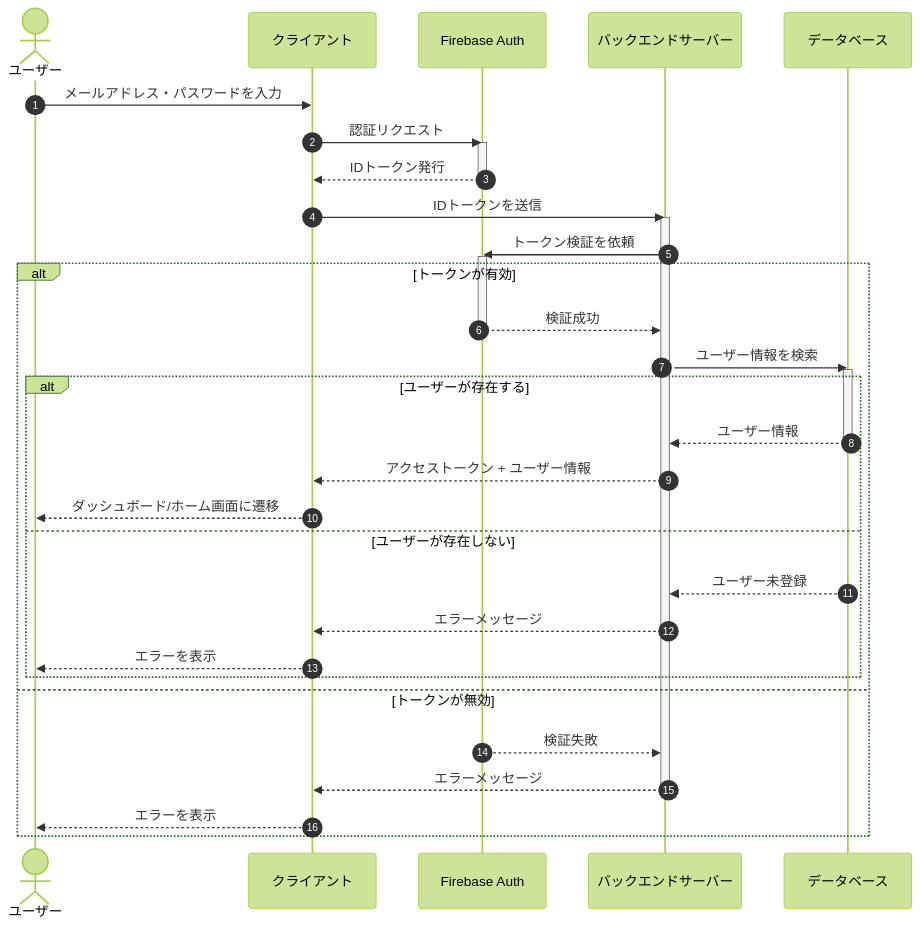
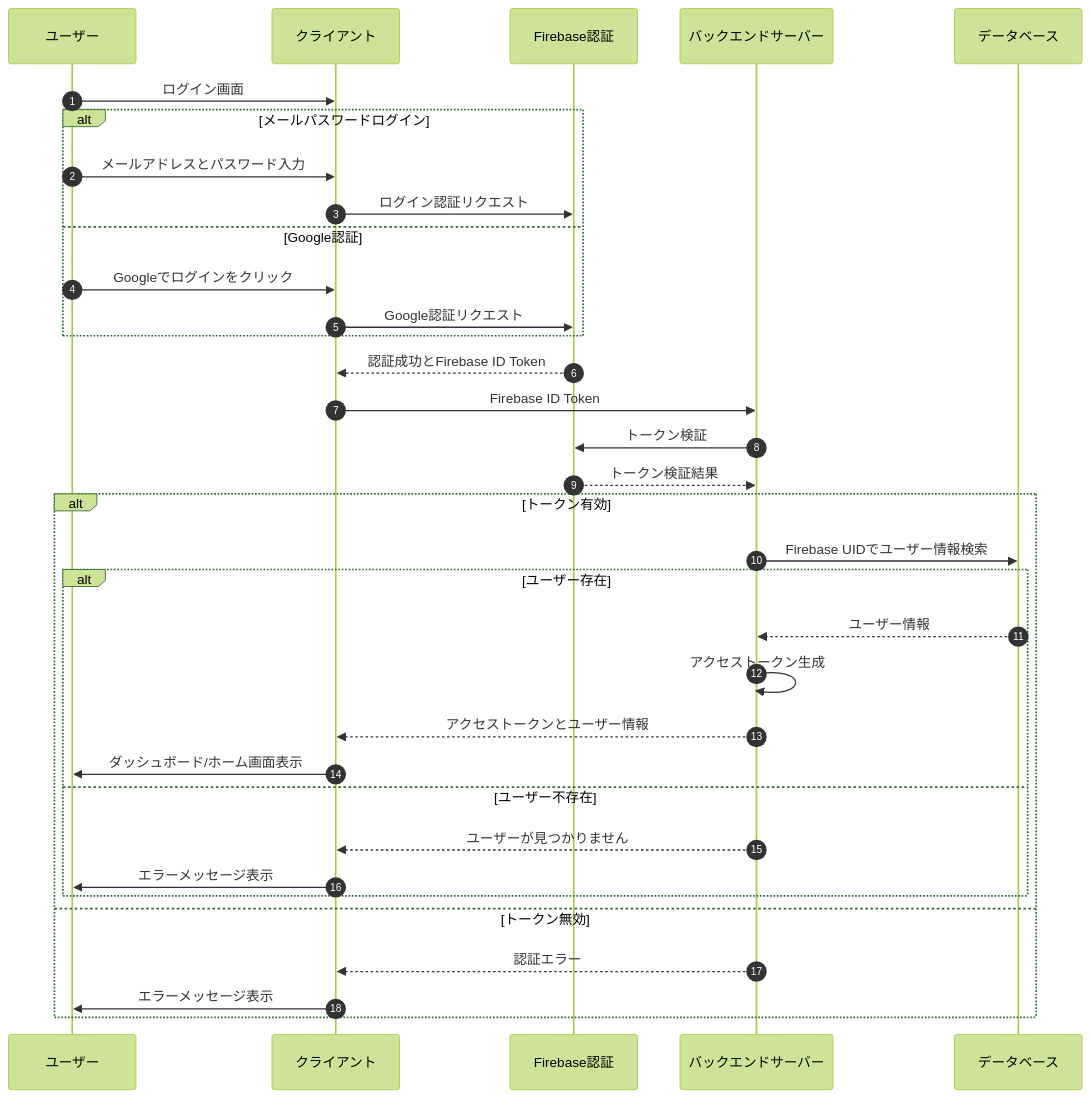
One commit to sc-hosokawa/frienda changed the second of 13 diagrams in docs/sequence-diagrams.md. Above: the diagram before and after it, drawn with Mermaid (forest theme). The commit also changed other lines of this file, not shown here.

First line of the commit message:
docs: Notion図に合わせてシーケンス図を修正し景品交換フローを追加

````diff
--- a/docs/sequence-diagrams.md
+++ b/docs/sequence-diagrams.md
@@ -62,44 +76,40 @@
 ```mermaid
 sequenceDiagram
     autonumber
 
-    actor User as ユーザー
-    participant Client as クライアント
-    participant Firebase as Firebase Auth
-    participant Server as バックエンドサーバー
-    participant DB as データベース
+    participant ユーザー
+    participant クライアント
+    participant Firebase認証
+    participant バックエンドサーバー
+    participant データベース
 
-    User->>Client: メールアドレス・パスワードを入力
-    Client->>Firebase: 認証リクエスト
-    activate Firebase
-    Firebase-->>Client: IDトークン発行
-    deactivate Firebase
+    ユーザー->>クライアント: ログイン画面
+    alt メールパスワードログイン
+        ユーザー->>クライアント: メールアドレスとパスワード入力
+        クライアント->>Firebase認証: ログイン認証リクエスト
+    else Google認証
+        ユーザー->>クライアント: Googleでログインをクリック
+        クライアント->>Firebase認証: Google認証リクエスト
+    end
 
-    Client->>Server: IDトークンを送信
-    activate Server
-    Server->>Firebase: トークン検証を依頼
-    activate Firebase
+    Firebase認証-->>クライアント: 認証成功とFirebase ID Token
+    クライアント->>バックエンドサーバー: Firebase ID Token
+    バックエンドサーバー->>Firebase認証: トークン検証
+    Firebase認証-->>バックエンドサーバー: トークン検証結果
 
-    alt トークンが有効
-        Firebase-->>Server: 検証成功
-        deactivate Firebase
-        Server->>DB: ユーザー情報を検索
-        activate DB
-
-        alt ユーザーが存在する
-            DB-->>Server: ユーザー情報
-            deactivate DB
-            Server-->>Client: アクセストークン + ユーザー情報
-            Client-->>User: ダッシュボード/ホーム画面に遷移
-        else ユーザーが存在しない
-            DB-->>Server: ユーザー未登録
-            Server-->>Client: エラーメッセージ
-            Client-->>User: エラーを表示
+    alt トークン有効
+        バックエンドサーバー->>データベース: Firebase UIDでユーザー情報検索
+        alt ユーザー存在
+            データベース-->>バックエンドサーバー: ユーザー情報
+            バックエンドサーバー->>バックエンドサーバー: アクセストークン生成
+            バックエンドサーバー-->>クライアント: アクセストークンとユーザー情報
+            クライアント->>ユーザー: ダッシュボード/ホーム画面表示
+        else ユーザー不存在
+            バックエンドサーバー-->>クライアント: ユーザーが見つかりません
+            クライアント->>ユーザー: エラーメッセージ表示
         end
-    else トークンが無効
-        Firebase-->>Server: 検証失敗
-        Server-->>Client: エラーメッセージ
-        deactivate Server
-        Client-->>User: エラーを表示
+    else トークン無効
+        バックエンドサーバー-->>クライアント: 認証エラー
+        クライアント->>ユーザー: エラーメッセージ表示
     end
 ```
````
